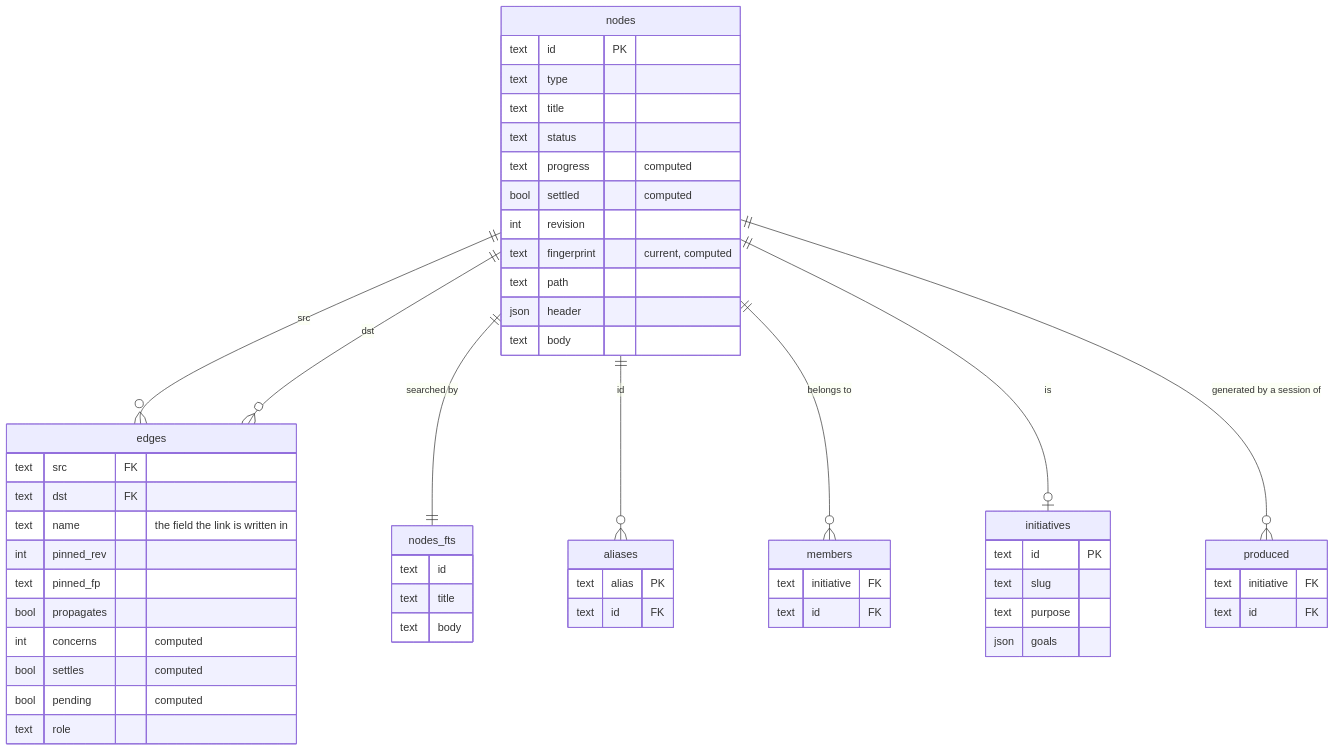
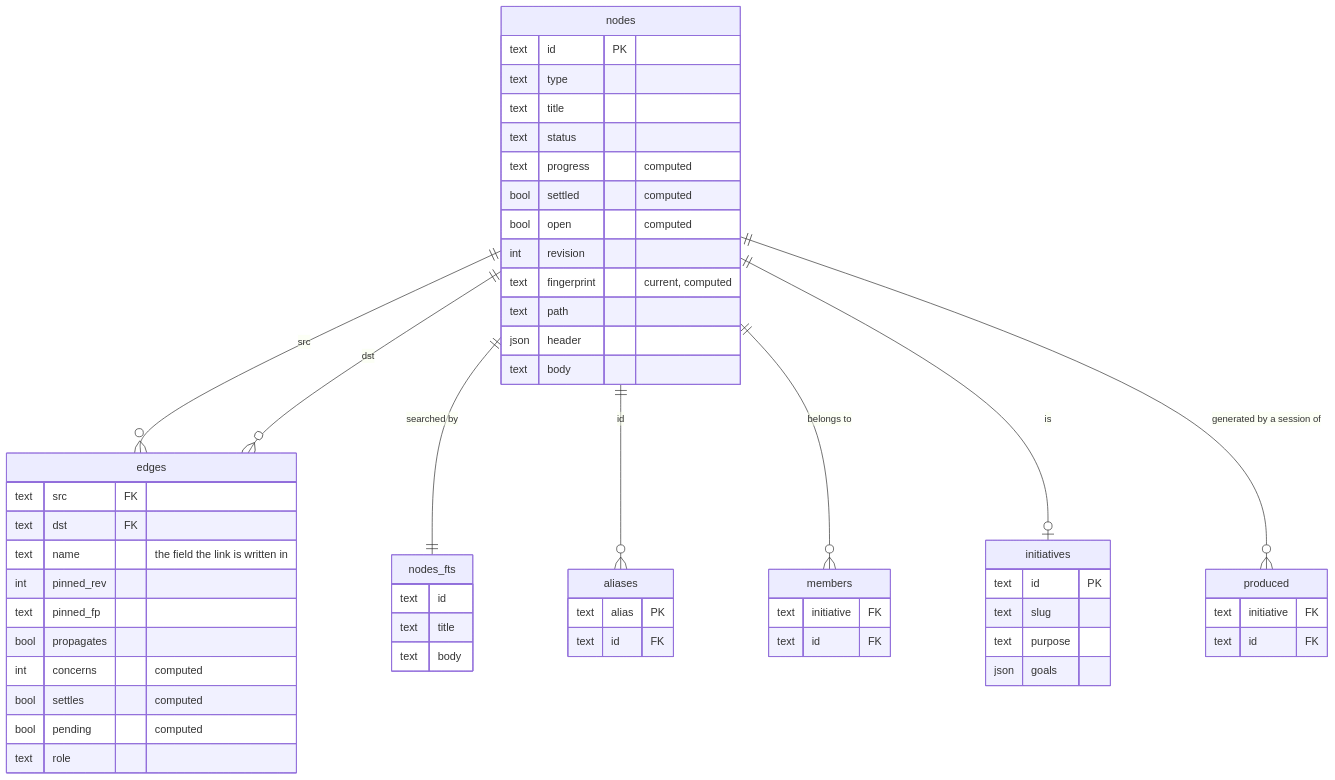
One commit to andycondon/loremason changed the diagram in docs/context-graph/03-implementation.md. Above: the diagram before and after it, drawn with Mermaid. The commit also changed other lines of this file and 5 other files, not shown here.

Commit message:
Node.Open() computed once and stored as an open column; SettledByAnswer separated from Settled

````diff
--- a/docs/context-graph/03-implementation.md
+++ b/docs/context-graph/03-implementation.md
@@ -295,58 +295,59 @@
 ```mermaid
 erDiagram
   nodes ||--o{ edges : "src"
   nodes ||--o{ edges : "dst"
   nodes ||--|| nodes_fts : "searched by"
   nodes ||--o{ aliases : "id"
   nodes ||--o{ members : "belongs to"
   nodes ||--o| initiatives : "is"
   nodes ||--o{ produced : "generated by a session of"
   nodes {
     text id PK
     text type
     text title
     text status
     text progress "computed"
     bool settled "computed"
+    bool open "computed"
     int revision
     text fingerprint "current, computed"
     text path
     json header
     text body
   }
   edges {
     text src FK
     text dst FK
     text name "the field the link is written in"
     int pinned_rev
     text pinned_fp
     bool propagates
     int concerns "computed"
     bool settles "computed"
     bool pending "computed"
     text role
   }
   members {
     text initiative FK
     text id FK
   }
   initiatives {
     text id PK
     text slug
     text purpose
     json goals
   }
   produced {
     text initiative FK
     text id FK
   }
   aliases {
     text alias PK
     text id FK
   }
   nodes_fts {
     text id
     text title
     text body
   }
 ```
````
